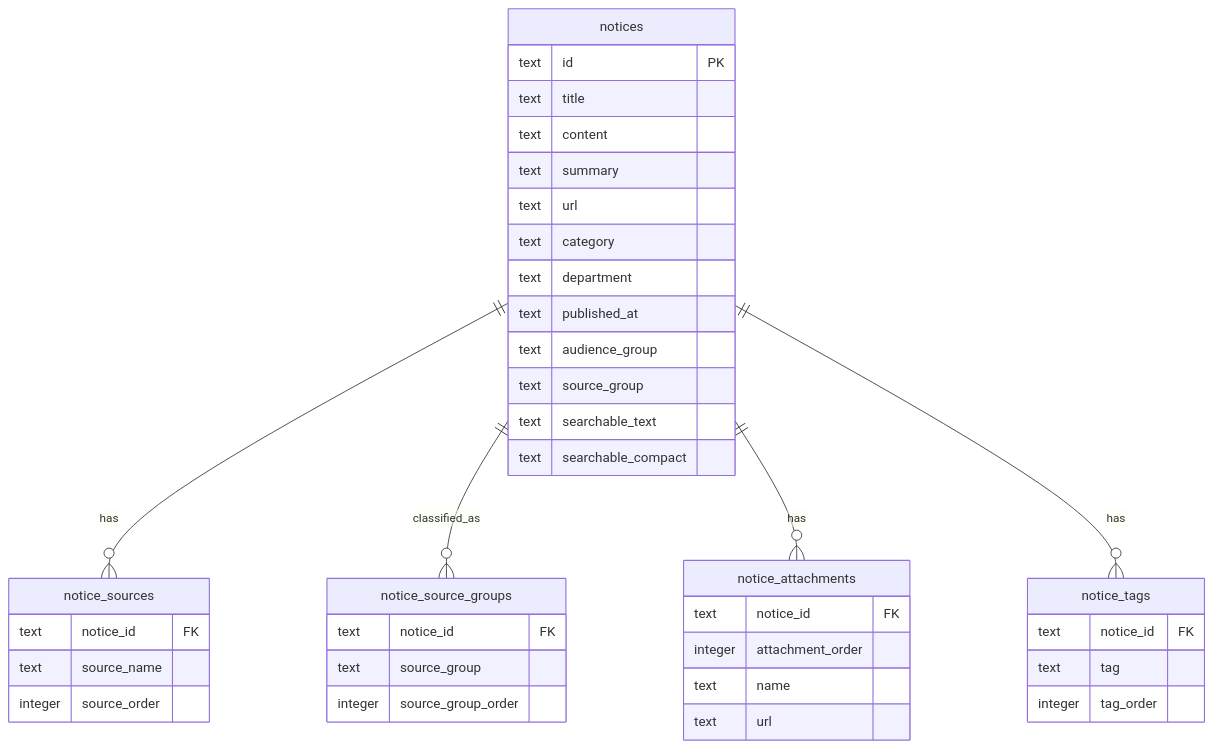
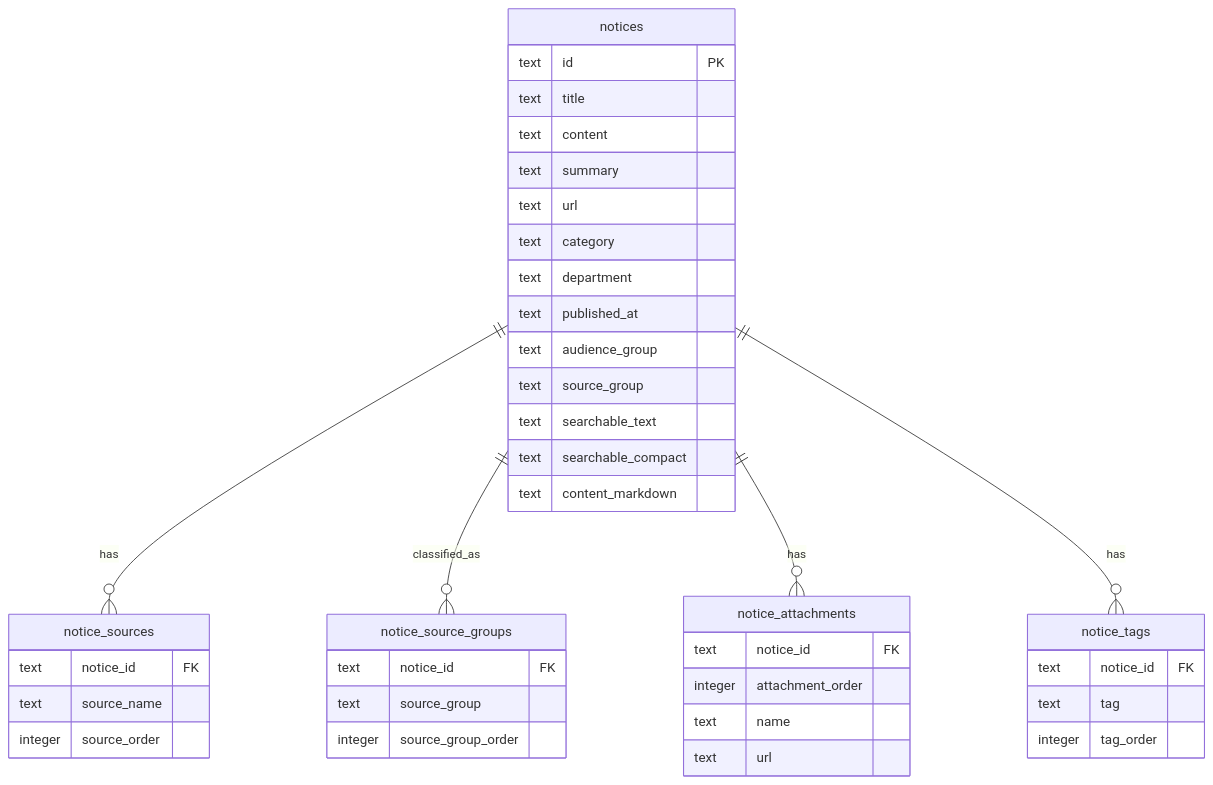
Before and after one commit to KAU-HUB-Official/KAU-Notice-Hub-BackEnd: the diagram in docs/ERD.md, drawn with Mermaid. The commit also changed other lines of this file and 6 other files, not shown here.

First line of the commit message:
perf(notices): precompute facets and content markdown at ingest

````diff
--- a/docs/ERD.md
+++ b/docs/ERD.md
@@ -41,47 +41,48 @@
 ```mermaid
 erDiagram
   notices ||--o{ notice_sources : has
   notices ||--o{ notice_source_groups : classified_as
   notices ||--o{ notice_attachments : has
   notices ||--o{ notice_tags : has
 
   notices {
     text id PK
     text title
     text content
     text summary
     text url
     text category
     text department
     text published_at
     text audience_group
     text source_group
     text searchable_text
     text searchable_compact
+    text content_markdown
   }
 
   notice_sources {
     text notice_id FK
     text source_name
     integer source_order
   }
 
   notice_source_groups {
     text notice_id FK
     text source_group
     integer source_group_order
   }
 
   notice_attachments {
     text notice_id FK
     integer attachment_order
     text name
     text url
   }
 
   notice_tags {
     text notice_id FK
     text tag
     integer tag_order
   }
 ```
````
